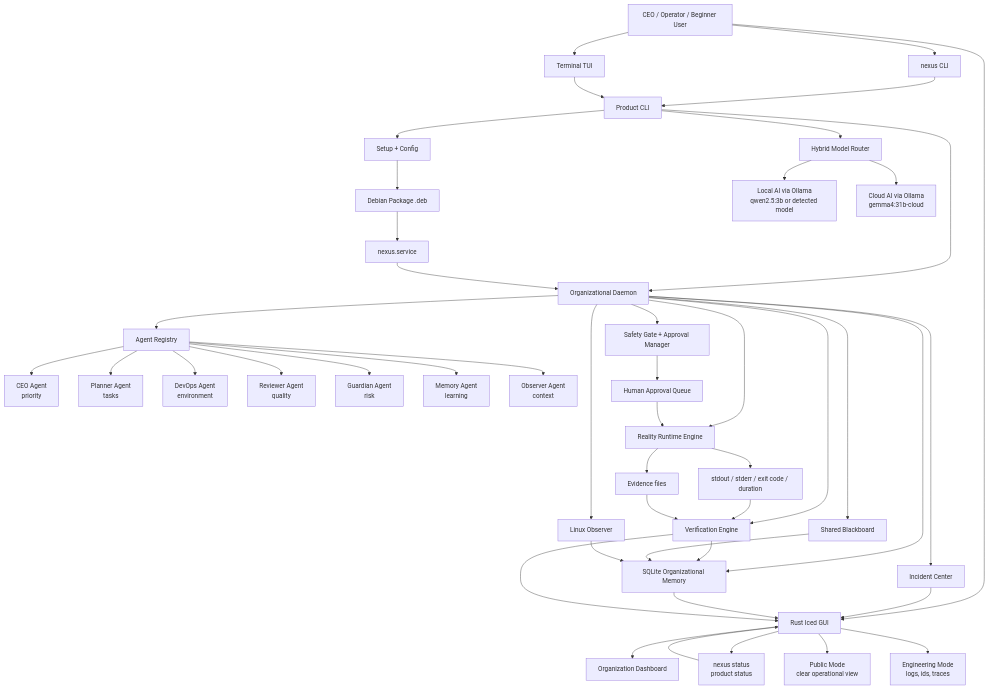
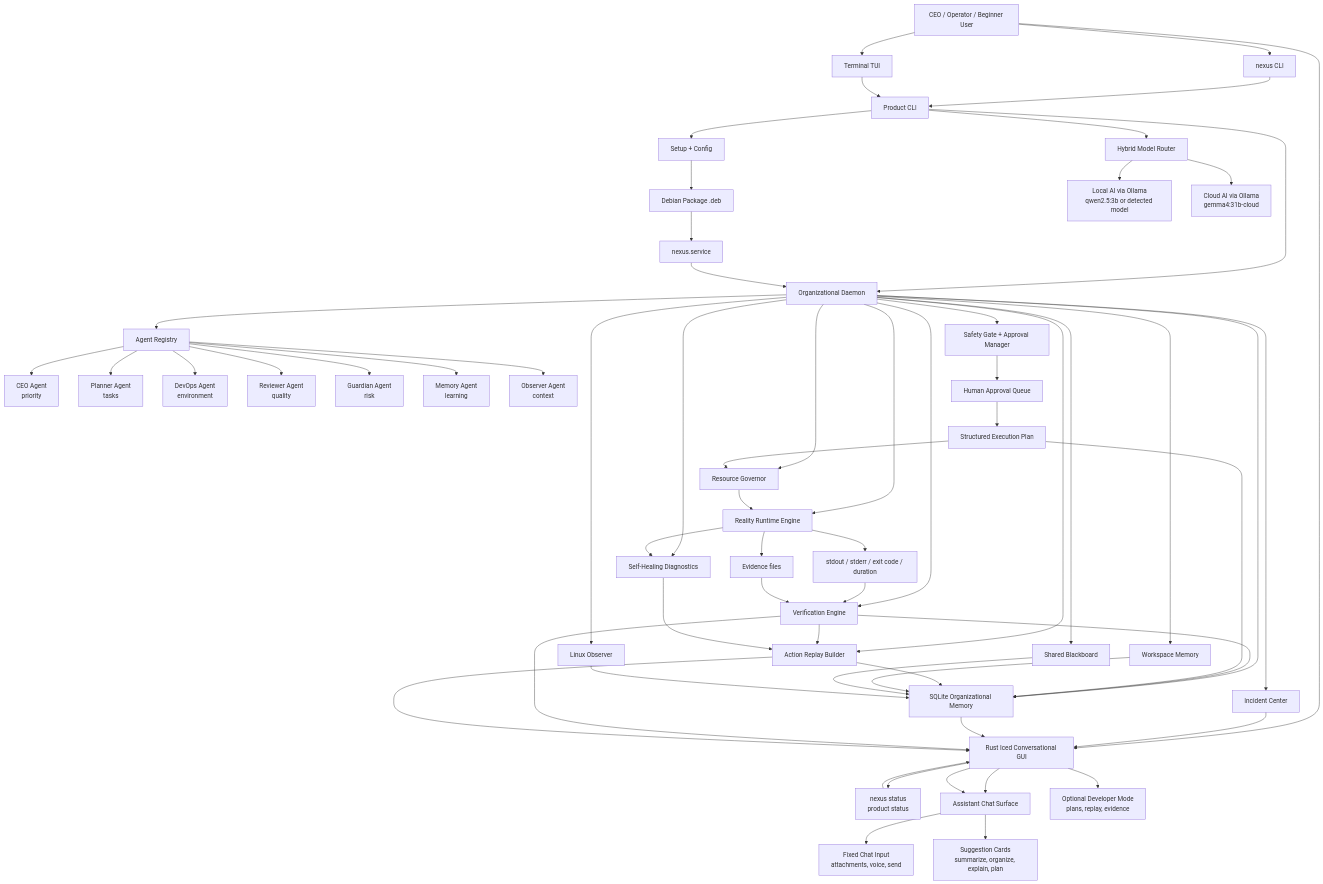
The diagram in docs/FLOWCHART.md (zeusinfra/NEXUS), drawn with Mermaid before and after one commit. The commit also changed other lines of this file and 61 other files, not shown here.

````diff
--- a/docs/FLOWCHART.md
+++ b/docs/FLOWCHART.md
@@ -7,58 +8,73 @@
 ```mermaid
 flowchart TD
-    CEO[CEO / Operator / Beginner User] --> GUI[Rust Iced GUI]
+    CEO[CEO / Operator / Beginner User] --> GUI[Rust Iced Conversational GUI]
     CEO --> CLI[nexus CLI]
     CEO --> TUI[Terminal TUI]
 
     GUI --> ProductStatus[nexus status<br/>product status]
-    GUI --> OrgDashboard[Organization Dashboard]
+    GUI --> ChatSurface[Assistant Chat Surface]
     CLI --> ProductCLI[Product CLI]
     TUI --> ProductCLI
 
     ProductCLI --> Setup[Setup + Config]
     ProductCLI --> Router[Hybrid Model Router]
     ProductCLI --> OrgDaemon[Organizational Daemon]
 
     Setup --> DebPackage[Debian Package .deb]
     DebPackage --> Systemd[nexus.service]
     Systemd --> OrgDaemon
 
     Router --> LocalAI[Local AI via Ollama<br/>qwen2.5:3b or detected model]
     Router --> CloudAI[Cloud AI via Ollama<br/>gemma4:31b-cloud]
 
     OrgDaemon --> Blackboard[Shared Blackboard]
     OrgDaemon --> Agents[Agent Registry]
     OrgDaemon --> Runtime[Reality Runtime Engine]
     OrgDaemon --> Safety[Safety Gate + Approval Manager]
     OrgDaemon --> Observer[Linux Observer]
     OrgDaemon --> Memory[SQLite Organizational Memory]
     OrgDaemon --> Verification[Verification Engine]
+    OrgDaemon --> WorkspaceContext[Workspace Memory]
+    OrgDaemon --> Replay[Action Replay Builder]
+    OrgDaemon --> ResourceBudget[Resource Governor]
+    OrgDaemon --> SelfHealing[Self-Healing Diagnostics]
 
     Agents --> CEOAgent[CEO Agent<br/>priority]
     Agents --> Planner[Planner Agent<br/>tasks]
     Agents --> DevOps[DevOps Agent<br/>environment]
     Agents --> Reviewer[Reviewer Agent<br/>quality]
     Agents --> Guardian[Guardian Agent<br/>risk]
     Agents --> MemoryAgent[Memory Agent<br/>learning]
     Agents --> ObserverAgent[Observer Agent<br/>context]
 
     Safety --> ApprovalQueue[Human Approval Queue]
-    ApprovalQueue --> Runtime
+    ApprovalQueue --> Plan[Structured Execution Plan]
+    Plan --> ResourceBudget
+    ResourceBudget --> Runtime
     Runtime --> Logs[stdout / stderr / exit code / duration]
     Runtime --> Evidence[Evidence files]
     Logs --> Verification
     Evidence --> Verification
+    Verification --> Replay
+    SelfHealing --> Replay
+    Runtime --> SelfHealing
 
     Verification --> Memory
+    Plan --> Memory
+    Replay --> Memory
+    WorkspaceContext --> Memory
     Blackboard --> Memory
     Observer --> Memory
     OrgDaemon --> Incidents[Incident Center]
 
-    GUI --> PublicMode[Public Mode<br/>clear operational view]
-    GUI --> EngineeringMode[Engineering Mode<br/>logs, ids, traces]
+    GUI --> ChatSurface
+    ChatSurface --> UserInput[Fixed Chat Input<br/>attachments, voice, send]
+    ChatSurface --> Suggestions[Suggestion Cards<br/>summarize, organize, explain, plan]
+    GUI --> DevMode[Optional Developer Mode<br/>plans, replay, evidence]
 
     ProductStatus --> GUI
     Incidents --> GUI
     Memory --> GUI
     Verification --> GUI
+    Replay --> GUI
 ```
````
